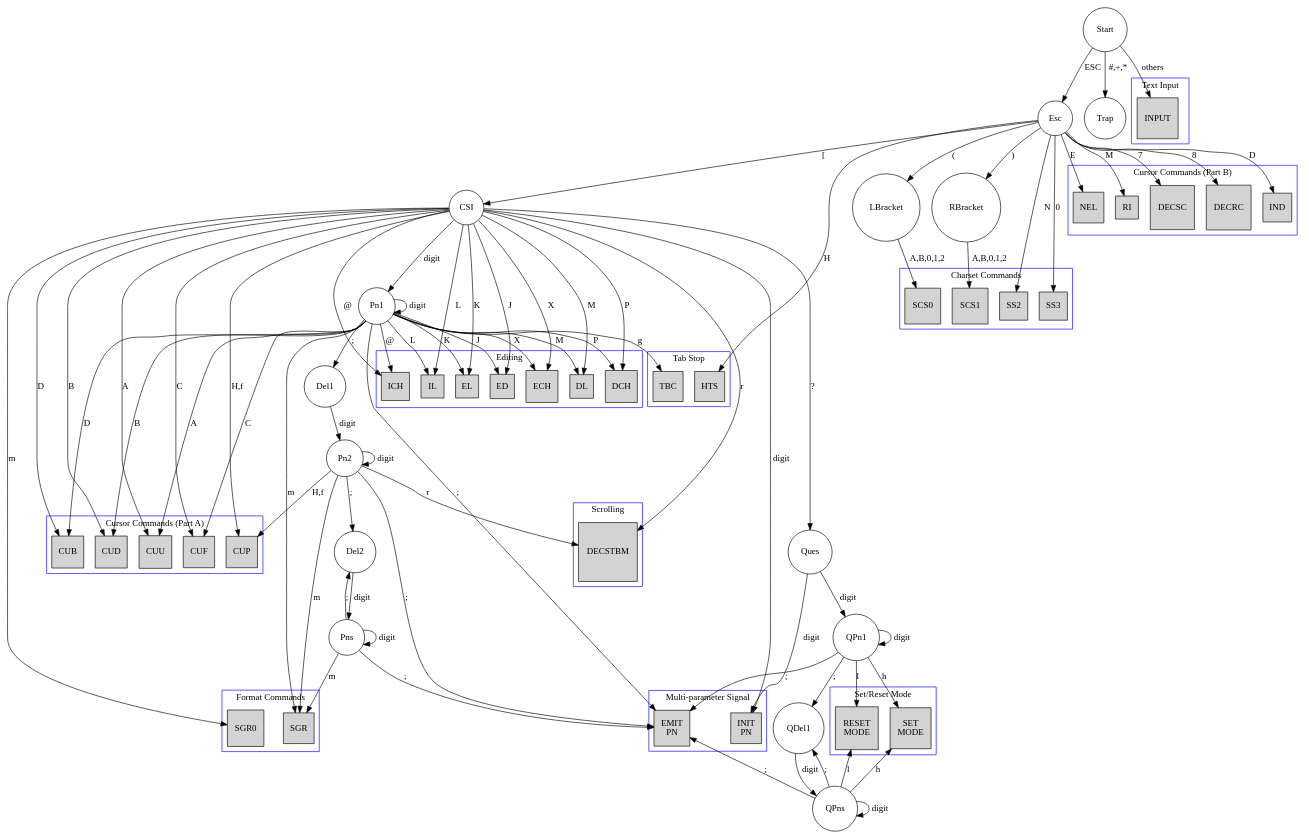
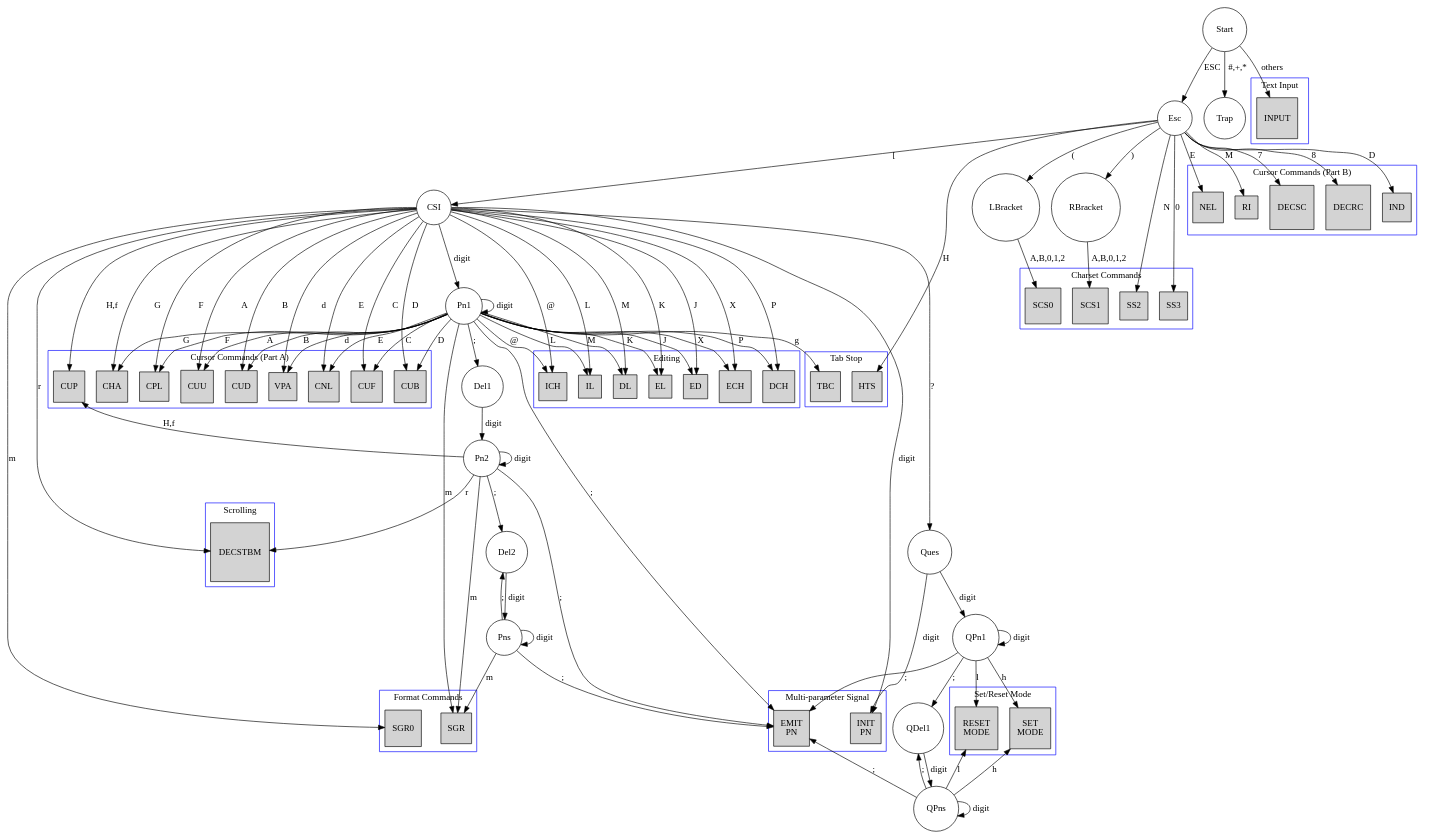
The diagram in doc/DFA.dot (Harry-Chen/fpga-virtual-console), drawn with Graphviz before and after one commit. The commit also changed 4 other files, not shown here.

```diff
--- a/doc/DFA.dot
+++ b/doc/DFA.dot
@@ -108,6 +108,7 @@
         color=blue;
         label="Cursor Commands (Part A)";  
 		CUU; CUD; CUF; CUB; CUP;
+		CNL; CPL; CHA; VPA;
 	}
 
 	subgraph cluster1b {
@@ -129,9 +130,25 @@
 	Pn1->CUF[label=C];  // Cursor forward (right)
 	CSI->CUF[label=C];
 
-	// ESC [ Pn B
+	// ESC [ Pn D
 	Pn1->CUB[label=D];  // Cursor backward (left)
 	CSI->CUB[label=D];
+
+	// ESC [ Pn E
+	Pn1->CNL[label=E];  // Cursor next line
+	CSI->CNL[label=E];
+
+	// ESC [ Pn F
+	Pn1->CPL[label=F];  // Cursor previous line
+	CSI->CPL[label=F];
+
+	// ESC [ Pn G
+	Pn1->CHA[label=G];  // Cursor horizontal absolute
+	CSI->CHA[label=G];
+
+	// ESC [ Pn d
+	Pn1->VPA[label=d];  // vertical line position absolute
+	CSI->VPA[label=d];
 
 	// ESC [ Pn; Pn H 
 	Pn2->CUP[label="H,f"]; // Cursor Position
@@ -200,6 +217,19 @@
 	CSI->IL[label=L];  // Insert line
 	CSI->DL[label=M];  // Delete line
 
+/*	ICH->Pn1[dir="back",label="@"]; // Insert character
+	ECH->Pn1[dir="back",label=X]; // Erase character
+	DCH->Pn1[dir="back",label=P]; // Delete character
+	IL->Pn1[dir="back",label=L];  // Insert line
+	DL->Pn1[dir="back",label=M]; */  // Delete line
+
+/*	ICH->CSI[dir="back",label="@"]; // Insert character
+	ECH->CSI[dir="back",label=X]; // Erase character
+	DCH->CSI[dir="back",label=P]; // Delete character
+	IL->CSI[dir="back",label=L];  // Insert line
+	DL->CSI[dir="back",label=M]; */  // Delete line 
+
+
 	/* Set/Reset Mode Commands */
 	subgraph cluster5 {
 		node[style=filled,shape=square];
```
